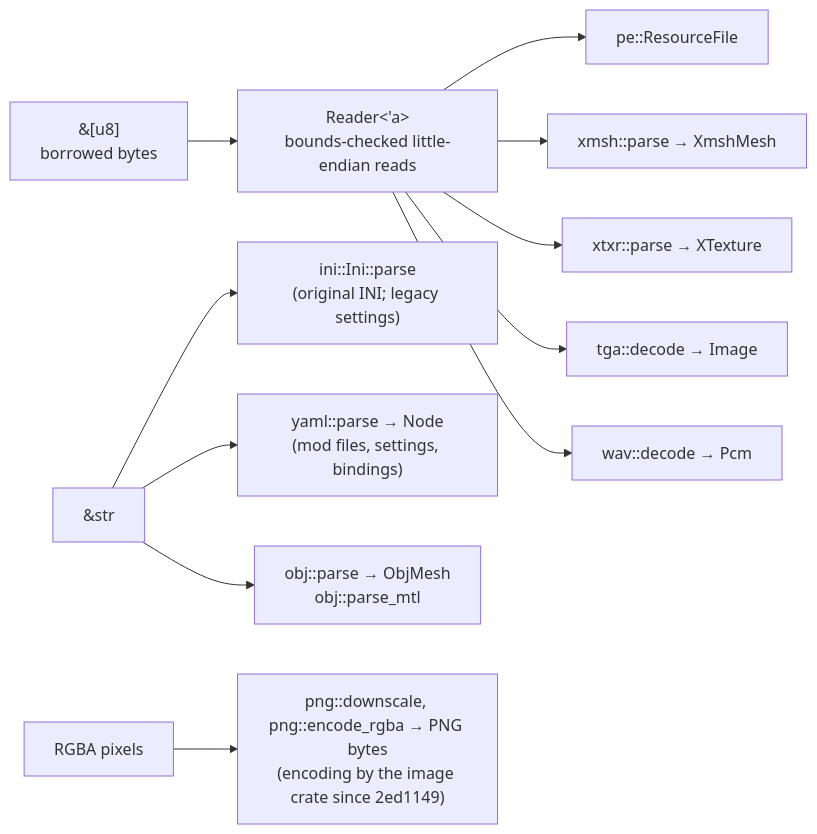
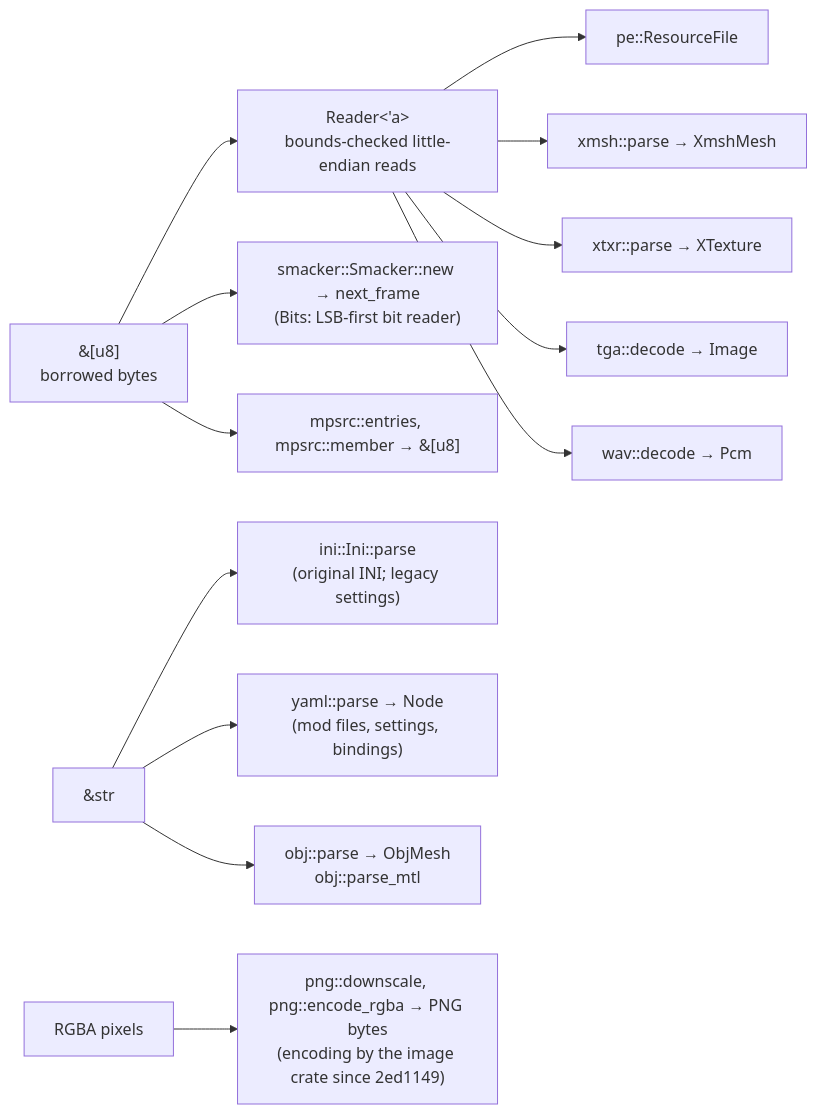
One commit to bbogovich/OpenInterceptor changed the diagram in docs/implementation/architecture/formats.md. Above: the diagram before and after it, drawn with Mermaid. The commit also changed other lines of this file and 47 other files, not shown here.

````diff
--- a/docs/implementation/architecture/formats.md
+++ b/docs/implementation/architecture/formats.md
@@ -9,13 +9,15 @@
 ```mermaid
 flowchart LR
     B["&[u8]<br/>borrowed bytes"] --> RD["Reader&lt;'a&gt;<br/>bounds-checked little-endian reads"]
     RD --> PE["pe::ResourceFile"]
     RD --> XM["xmsh::parse → XmshMesh"]
     RD --> XT["xtxr::parse → XTexture"]
     RD --> TG["tga::decode → Image"]
     RD --> WV["wav::decode → Pcm"]
+    B --> SMK["smacker::Smacker::new → next_frame<br/>(Bits: LSB-first bit reader)"]
+    B --> MPS["mpsrc::entries, mpsrc::member → &[u8]"]
     TXT["&str"] --> INI["ini::Ini::parse<br/>(original INI; legacy settings)"]
     TXT --> YML["yaml::parse → Node<br/>(mod files, settings, bindings)"]
     TXT --> OBJ["obj::parse → ObjMesh<br/>obj::parse_mtl"]
     RGBA["RGBA pixels"] --> PNG["png::downscale, png::encode_rgba → PNG bytes<br/>(encoding by the image crate since 2ed1149)"]
 ```
````
